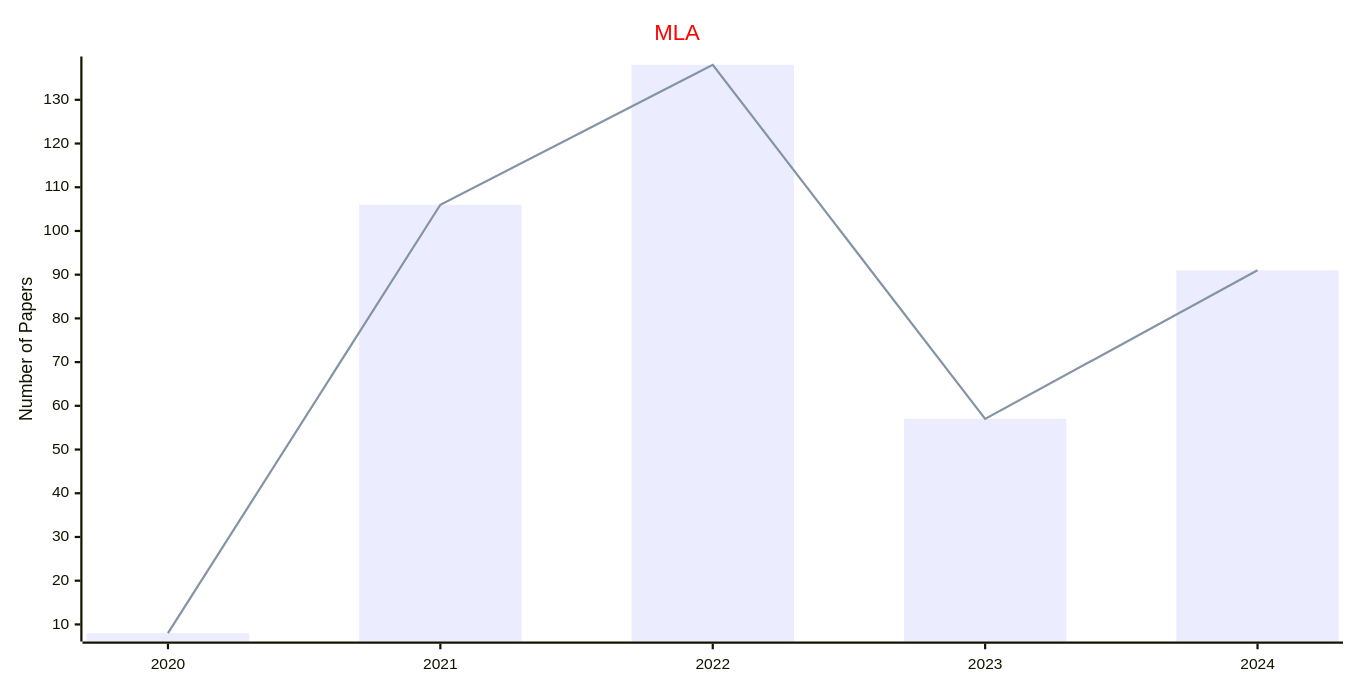
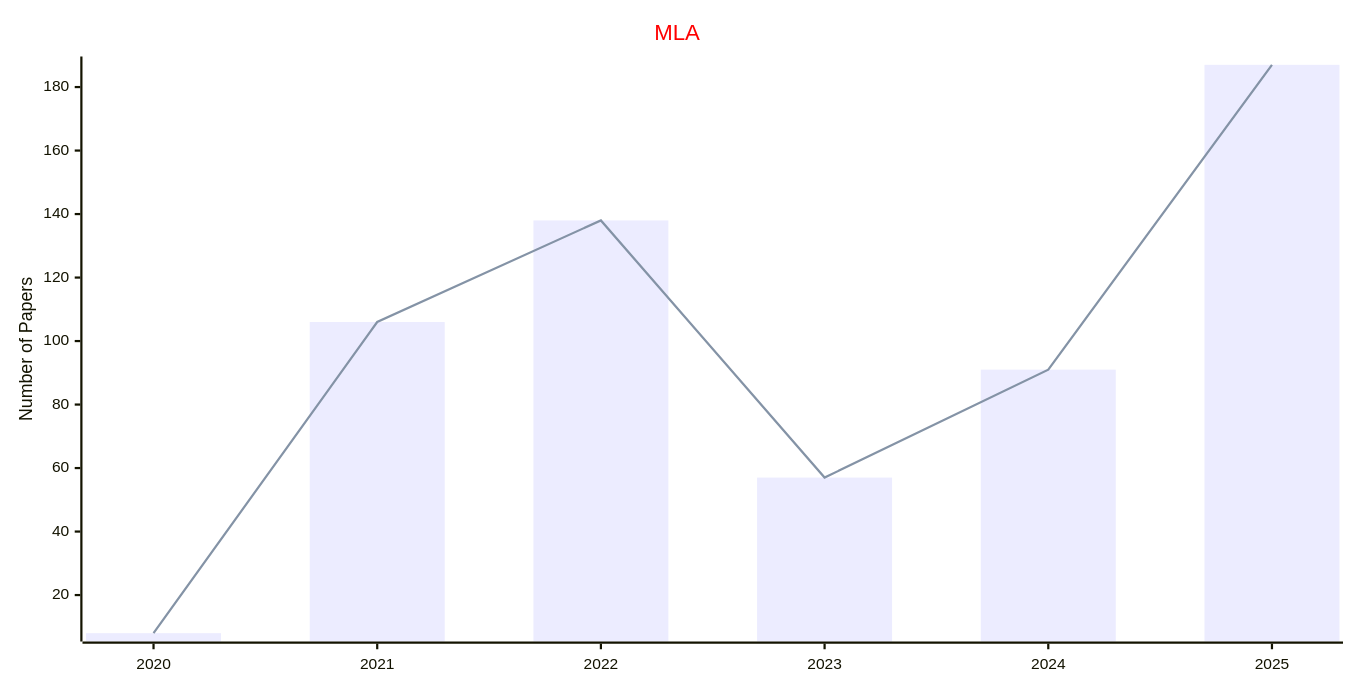
One commit to Easy-PhD/AILinks changed the third of 10 diagrams in docs/data/Journals/Statistics_Journals/Machine_Learning.md. Above: the diagram before and after it, drawn with Mermaid. The commit also changed other lines of this file and 107 other files, not shown here.

````diff
--- a/docs/data/Journals/Statistics_Journals/Machine_Learning.md
+++ b/docs/data/Journals/Statistics_Journals/Machine_Learning.md
@@ -57,17 +57,17 @@
 ```mermaid
 ---
 config:
     xyChart:
         width: 1200
         height: 600
     themeVariables:
         xyChart:
             titleColor: "#ff0000"
 ---
 xychart-beta
     title "MLA"
-    x-axis [2020, 2021, 2022, 2023, 2024]
+    x-axis [2020, 2021, 2022, 2023, 2024, 2025]
     y-axis "Number of Papers"
-    bar [8, 106, 138, 57, 91]
-    line [8, 106, 138, 57, 91]
+    bar [8, 106, 138, 57, 91, 187]
+    line [8, 106, 138, 57, 91, 187]
 ```
````
